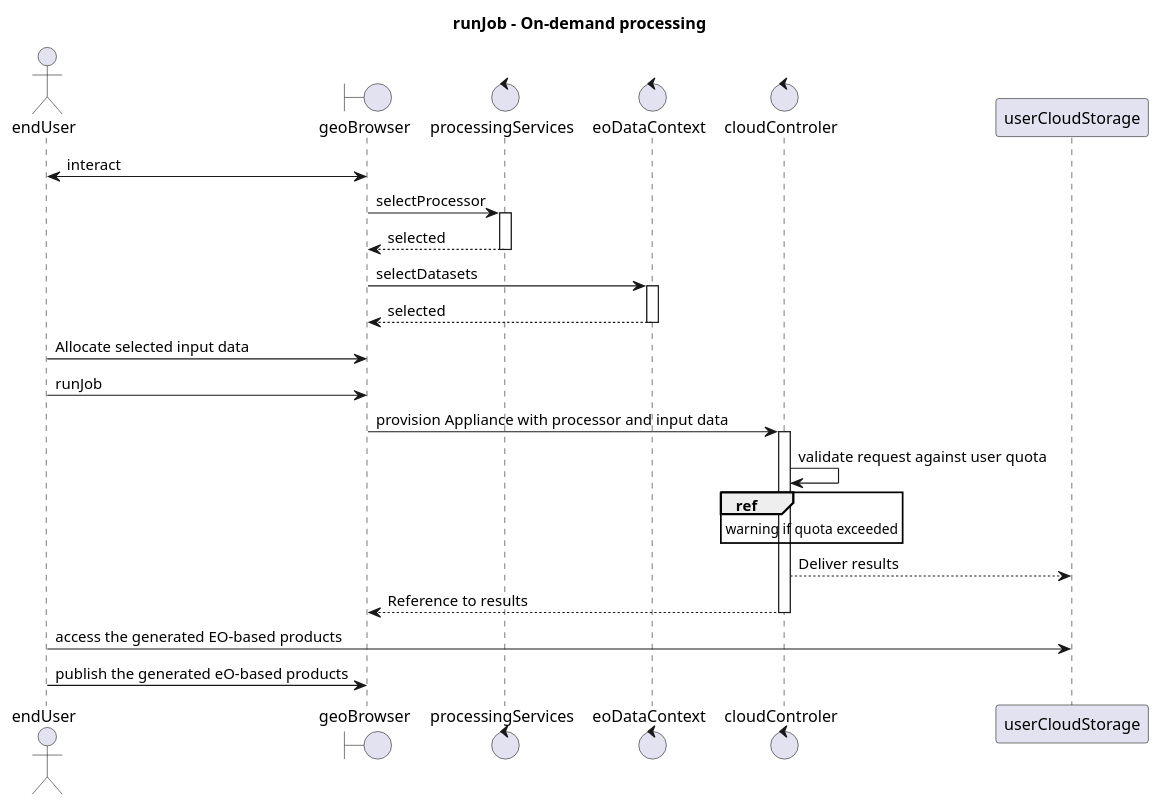
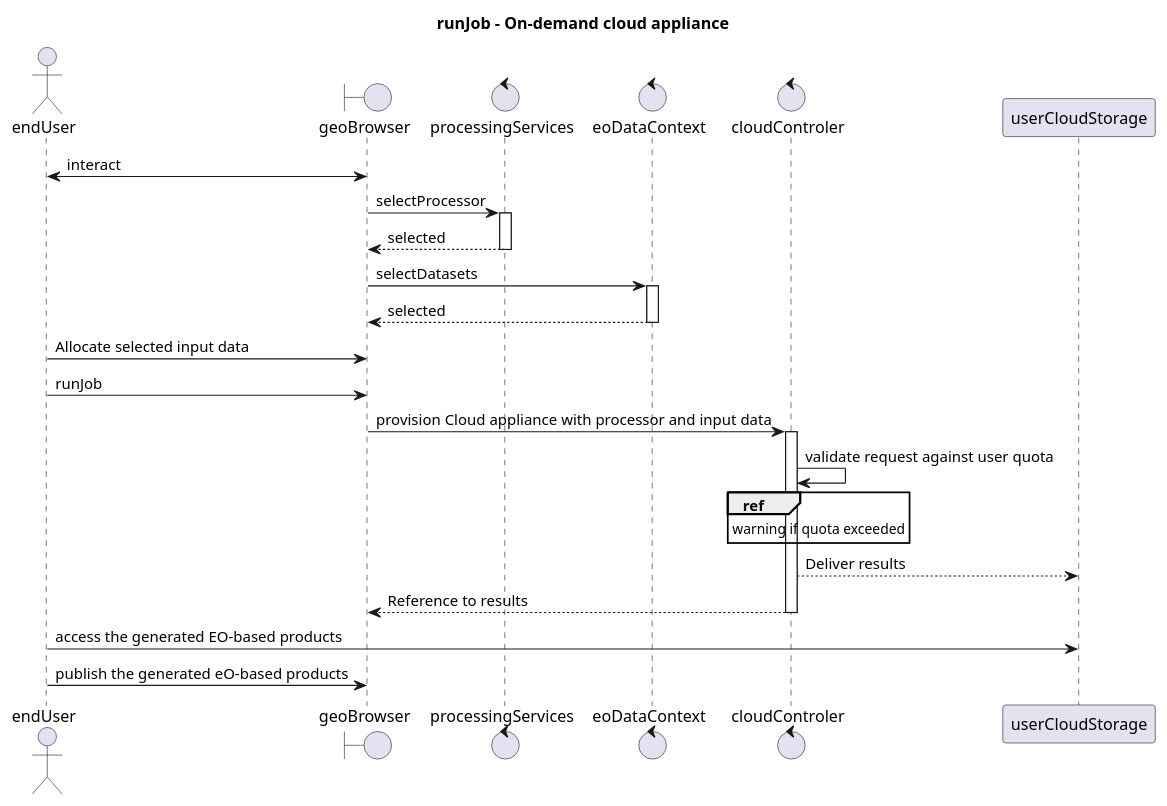
One commit to Terradue/doc-tep-geohazards-arch changed the first of 2 diagrams in source/enterprise/scope.rst. Above: the diagram before and after it, drawn with PlantUML. The commit also changed other lines of this file, not shown here.

```diff
--- a/source/enterprise/scope.rst
+++ b/source/enterprise/scope.rst
@@ -44,37 +44,37 @@
 .. uml::
 
-       title runJob - On-demand processing
+       title runJob - On-demand cloud appliance
        actor endUser
        ' Boundary (view in MVC) Objects that interface with system actors   
        boundary geoBrowser 
        ' Entity (model in MVC): Objects representing system data
        ' model descriptions are delegated to the Information viewpoint
        ' Control (controller in MVC): Objects that mediate between boundaries and entities
        control processingServices
        control eoDataContext
        control cloudControler
 
        endUser <-> geoBrowser: interact
        geoBrowser -> processingServices: selectProcessor
        activate processingServices
        geoBrowser <-- processingServices: selected 
        deactivate processingServices
 
        geoBrowser -> eoDataContext: selectDatasets
        activate eoDataContext
        geoBrowser <-- eoDataContext: selected
        deactivate eoDataContext
 
        endUser -> geoBrowser: Allocate selected input data
        endUser -> geoBrowser: runJob
 
-       geoBrowser -> cloudControler: provision Appliance with processor and input data
+       geoBrowser -> cloudControler: provision Cloud appliance with processor and input data
        activate cloudControler
        cloudControler->cloudControler: validate request against user quota
        ref over cloudControler: warning if quota exceeded
        cloudControler --> userCloudStorage: Deliver results
        geoBrowser <-- cloudControler: Reference to results
        deactivate cloudControler
 
        endUser -> userCloudStorage: access the generated EO-based products
        endUser -> geoBrowser: publish the generated eO-based products
```
